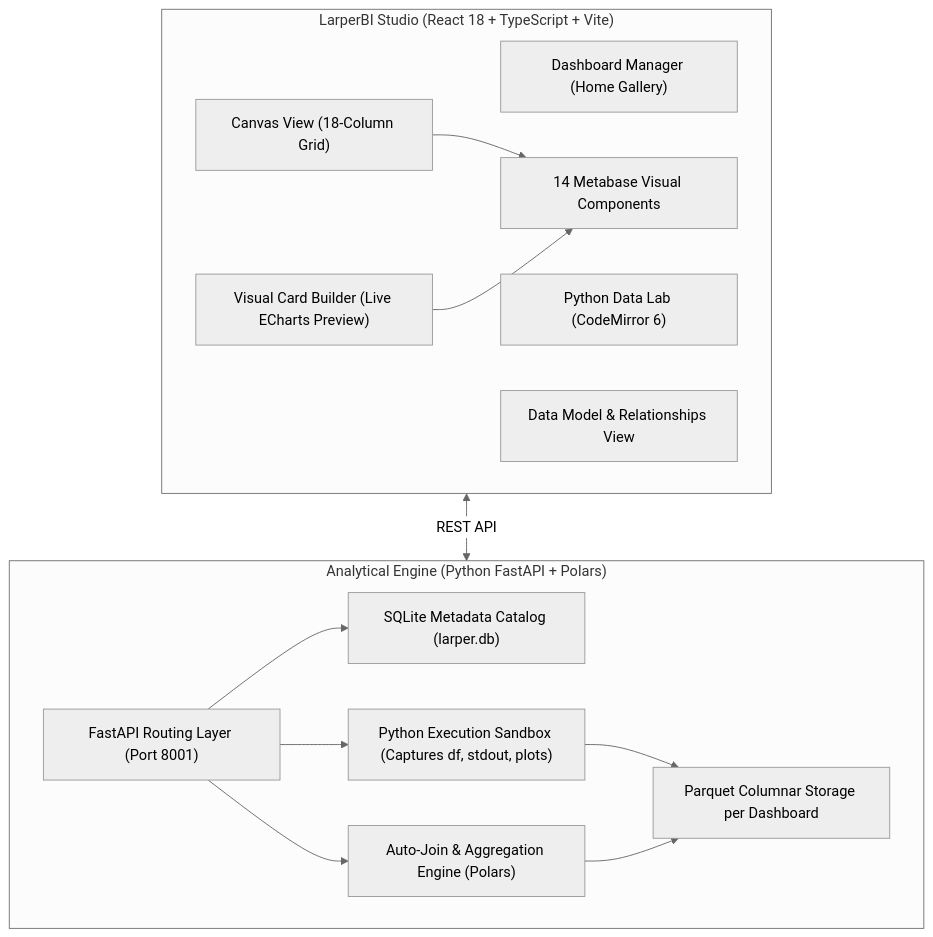
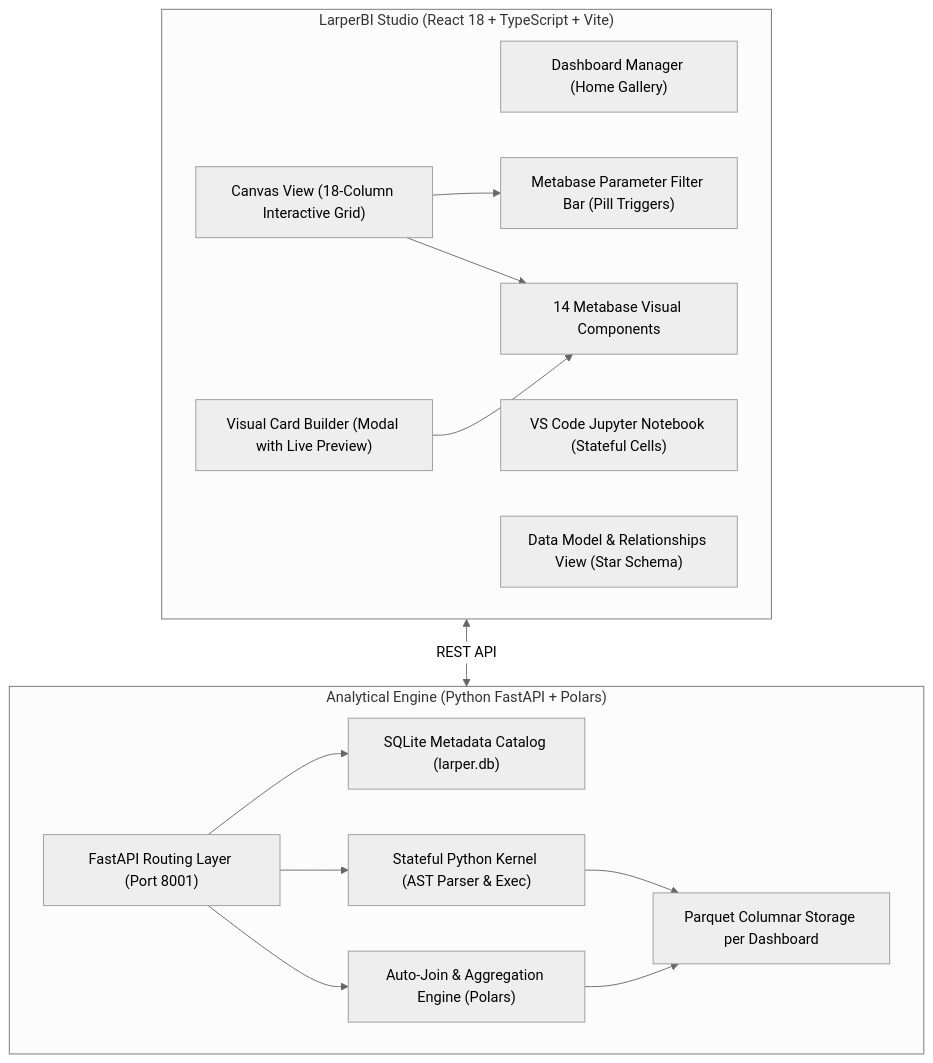
Before and after one commit to BunkhloemPEL/LarperBI: the diagram in README.md, drawn with Mermaid (neutral theme). The commit also changed other lines of this file and 21 other files, not shown here.

Commit message:
feat: complete VS Code Jupyter Notebook EDA, Metabase parameter filtering, and visual canvas

````diff
--- a/README.md
+++ b/README.md
@@ -31,30 +33,32 @@
 ```mermaid
 graph TD
     subgraph Frontend ["LarperBI Studio (React 18 + TypeScript + Vite)"]
         DashboardManager["Dashboard Manager (Home Gallery)"]
-        CanvasView["Canvas View (18-Column Grid)"]
-        CardBuilder["Visual Card Builder (Live ECharts Preview)"]
-        PythonLab["Python Data Lab (CodeMirror 6)"]
-        ModelView["Data Model & Relationships View"]
+        CanvasView["Canvas View (18-Column Interactive Grid)"]
+        ParameterBar["Metabase Parameter Filter Bar (Pill Triggers)"]
+        CardBuilder["Visual Card Builder (Modal with Live Preview)"]
+        JupyterNotebook["VS Code Jupyter Notebook (Stateful Cells)"]
+        ModelView["Data Model & Relationships View (Star Schema)"]
         VizComponents["14 Metabase Visual Components"]
         
+        CanvasView --> ParameterBar
         CanvasView --> VizComponents
         CardBuilder --> VizComponents
     end
 
     subgraph Backend ["Analytical Engine (Python FastAPI + Polars)"]
         API["FastAPI Routing Layer (Port 8001)"]
-        Sandbox["Python Execution Sandbox (Captures df, stdout, plots)"]
+        KernelSession["Stateful Python Kernel (AST Parser & Exec)"]
         QueryEngine["Auto-Join & Aggregation Engine (Polars)"]
         Catalog["SQLite Metadata Catalog (larper.db)"]
         Storage["Parquet Columnar Storage per Dashboard"]
         
         API --> Catalog
-        API --> Sandbox
+        API --> KernelSession
         API --> QueryEngine
-        Sandbox --> Storage
+        KernelSession --> Storage
         QueryEngine --> Storage
     end
 
     Frontend <-->|REST API| Backend
 ```
````
